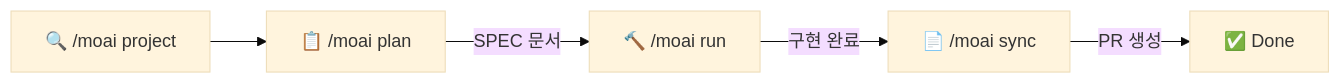
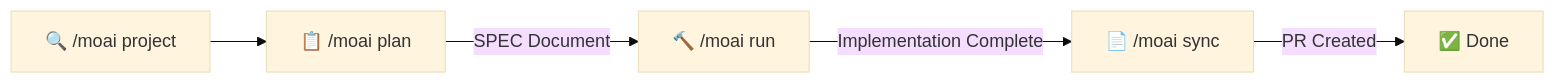
Before and after one commit to modu-ai/moai-adk: the first of 5 diagrams in README.md, drawn with Mermaid (base theme). The commit also changed other lines of this file and 4 other files, not shown here.

````diff
--- a/README.md
+++ b/README.md
@@ -104,7 +104,7 @@
 ```mermaid
 graph LR
     A["🔍 /moai project"] --> B["📋 /moai plan"]
-    B -->|"SPEC 문서"| C["🔨 /moai run"]
-    C -->|"구현 완료"| D["📄 /moai sync"]
-    D -->|"PR 생성"| E["✅ Done"]
+    B -->|"SPEC Document"| C["🔨 /moai run"]
+    C -->|"Implementation Complete"| D["📄 /moai sync"]
+    D -->|"PR Created"| E["✅ Done"]
 ```
````
